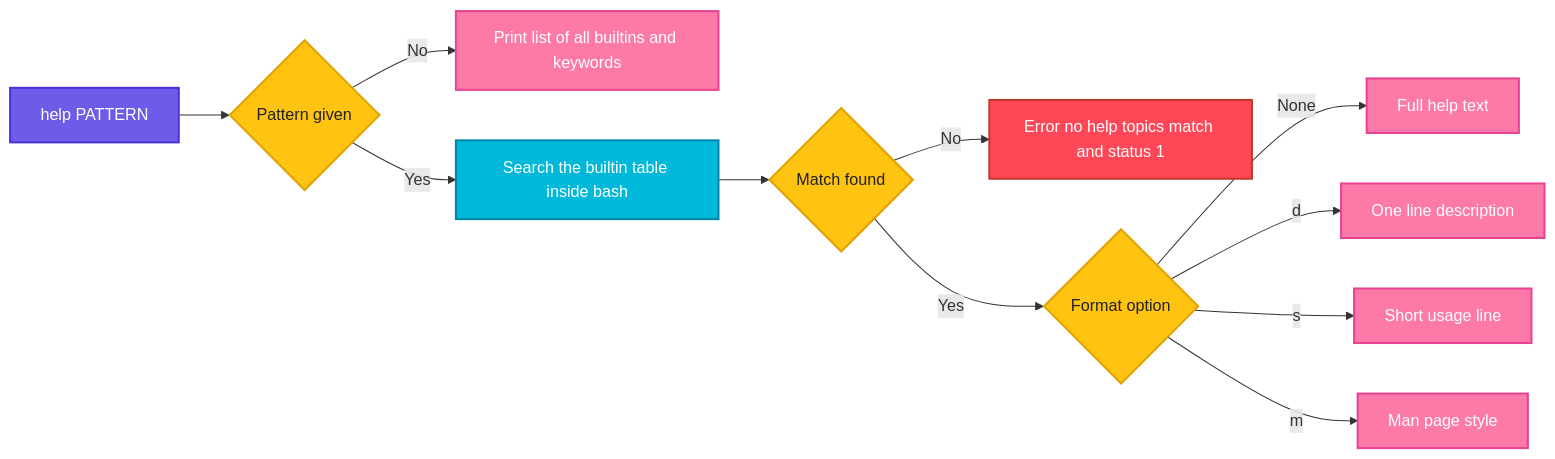
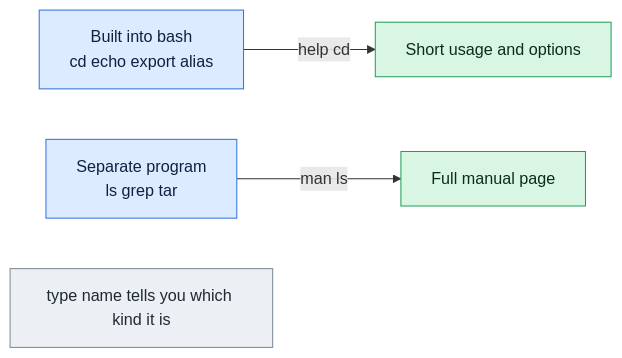
One commit to codeKerdosTech/DevOps-Documentation changed the diagram in linux/shell-basics/help.md. Above: the diagram before and after it, drawn with Mermaid. The commit also changed other lines of this file and 165 other files, not shown here.

Commit message:
updated diagrams in linux

````diff
--- a/linux/shell-basics/help.md
+++ b/linux/shell-basics/help.md
@@ -15,25 +15,14 @@
 ```mermaid
 flowchart LR
-    A[help PATTERN] --> B{Pattern given}
-    B -->|No| C[Print list of all builtins and keywords]
-    B -->|Yes| D[Search the builtin table inside bash]
-    D --> E{Match found}
-    E -->|No| F[Error no help topics match and status 1]
-    E -->|Yes| G{Format option}
-    G -->|None| H[Full help text]
-    G -->|d| I[One line description]
-    G -->|s| J[Short usage line]
-    G -->|m| K[Man page style]
-    classDef start fill:#6C5CE7,stroke:#4834D4,stroke-width:2px,color:#fff
-    classDef proc fill:#00B8D9,stroke:#0087A8,stroke-width:2px,color:#fff
-    classDef dec fill:#FFC312,stroke:#E1A100,stroke-width:2px,color:#222
-    classDef ok fill:#2ECC71,stroke:#1E8449,stroke-width:2px,color:#fff
-    classDef err fill:#FF4757,stroke:#C0392B,stroke-width:2px,color:#fff
-    classDef out fill:#FD79A8,stroke:#E84393,stroke-width:2px,color:#fff
-    classDef alt fill:#FF9F43,stroke:#E67E22,stroke-width:2px,color:#fff
-    class A start
-    class B,E,G dec
-    class D proc
-    class C,H,I,J,K out
-    class F err
+    i1[Built into bash<br/>cd  echo  export  alias] -->|help cd| o1[Short usage and options]
+    i2[Separate program<br/>ls  grep  tar] -->|man ls| o2[Full manual page]
+    n1[type name tells you which kind it is]
+    classDef inp fill:#DCEBFF,stroke:#2F6FDE,color:#10213F
+    classDef cmd fill:#FFF0C2,stroke:#C98A00,color:#3A2A00
+    classDef out fill:#D9F5E3,stroke:#1F9D55,color:#0B2E1A
+    classDef bad fill:#FDE0E0,stroke:#D13B3B,color:#4A0F0F
+    classDef note fill:#ECEFF3,stroke:#7B8794,color:#1F2933
+    class i1,i2 inp
+    class o1,o2 out
+    class n1 note
 ```
````
